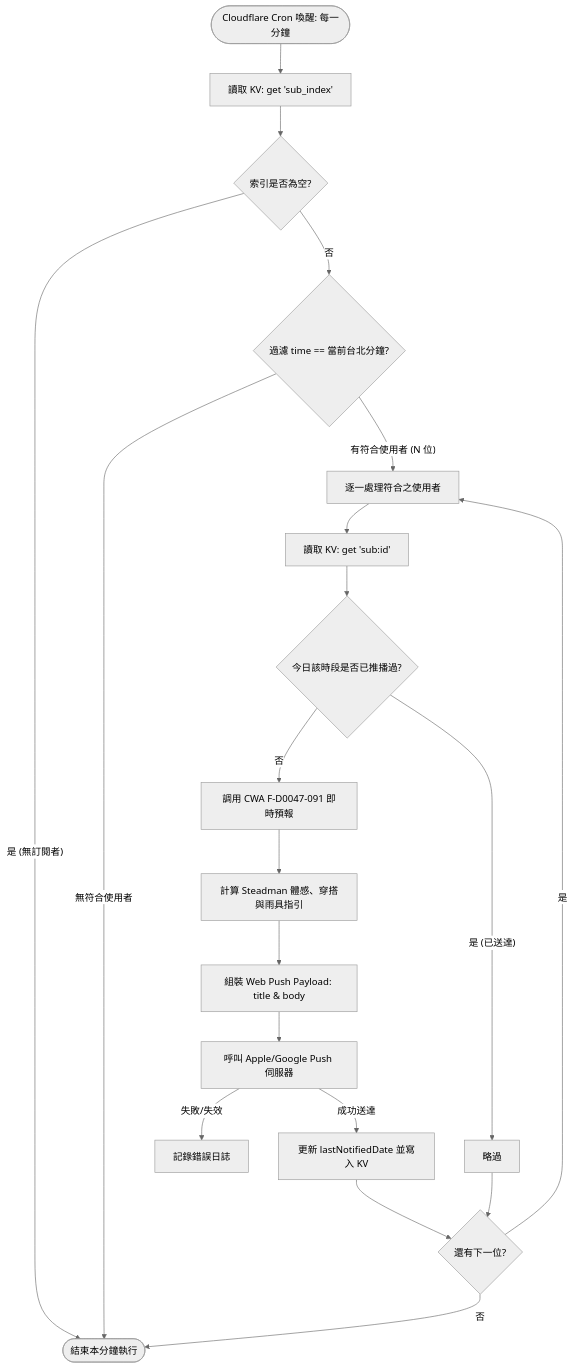
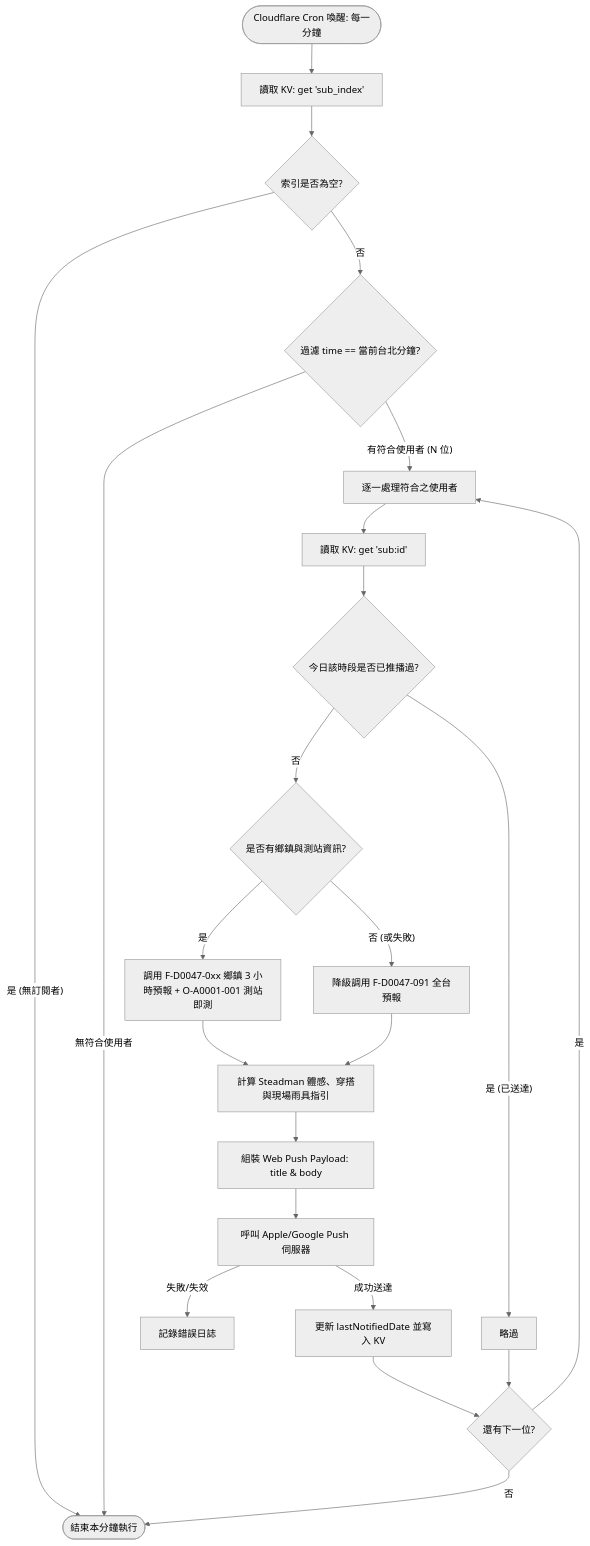
Before and after one commit to brian890804/Weather: the second of 2 diagrams in WEATHER_API_AND_DATA_STRUCTURE.md, drawn with Mermaid (neutral theme). The commit also changed other lines of this file and 5 other files, not shown here.

````diff
--- a/WEATHER_API_AND_DATA_STRUCTURE.md
+++ b/WEATHER_API_AND_DATA_STRUCTURE.md
@@ -469,26 +497,30 @@
 ```mermaid
 flowchart TD
     CronTick([Cloudflare Cron 喚醒: 每一分鐘]) --> ReadIndex[讀取 KV: get 'sub_index']
     ReadIndex --> CheckEmpty{索引是否為空?}
     CheckEmpty -- 是 (無訂閱者) --> Sleep([結束本分鐘執行])
     
     CheckEmpty -- 否 --> FilterTime{過濾 time == 當前台北分鐘?}
     FilterTime -- 無符合使用者 --> Sleep
     
     FilterTime -- 有符合使用者 (N 位) --> ForEachUser[逐一處理符合之使用者]
     ForEachUser --> GetUserRecord[讀取 KV: get 'sub:id']
     GetUserRecord --> CheckDuplicate{今日該時段是否已推播過?}
     CheckDuplicate -- 是 (已送達) --> SkipUser[略過]
     
-    CheckDuplicate -- 否 --> FetchCWA[調用 CWA F-D0047-091 即時預報]
-    FetchCWA --> CalcSteadman[計算 Steadman 體感、穿搭與雨具指引]
+    CheckDuplicate -- 否 --> CheckPrecise{是否有鄉鎮與測站資訊?}
+    CheckPrecise -- 是 --> FetchPrecise[調用 F-D0047-0xx 鄉鎮 3 小時預報 + O-A0001-001 測站即測]
+    CheckPrecise -- 否 (或失敗) --> FetchFallback[降級調用 F-D0047-091 全台預報]
+    
+    FetchPrecise --> CalcSteadman[計算 Steadman 體感、穿搭與現場雨具指引]
+    FetchFallback --> CalcSteadman
     CalcSteadman --> BuildPayload[組裝 Web Push Payload: title & body]
     BuildPayload --> SendPush[呼叫 Apple/Google Push 伺服器]
     
     SendPush -- 成功送達 --> MarkNotified[更新 lastNotifiedDate 並寫入 KV]
     SendPush -- 失敗/失效 --> LogWarn[記錄錯誤日誌]
     MarkNotified --> NextUser{還有下一位?}
     SkipUser --> NextUser
     NextUser -- 是 --> ForEachUser
     NextUser -- 否 --> Sleep
 ```
````
